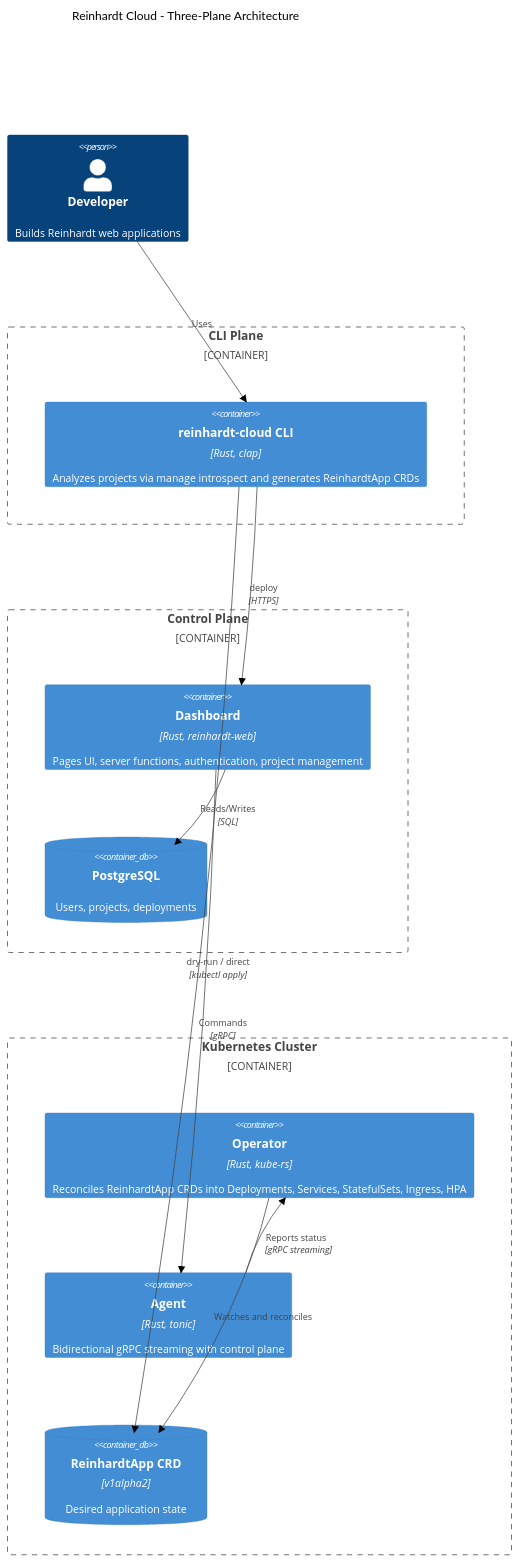
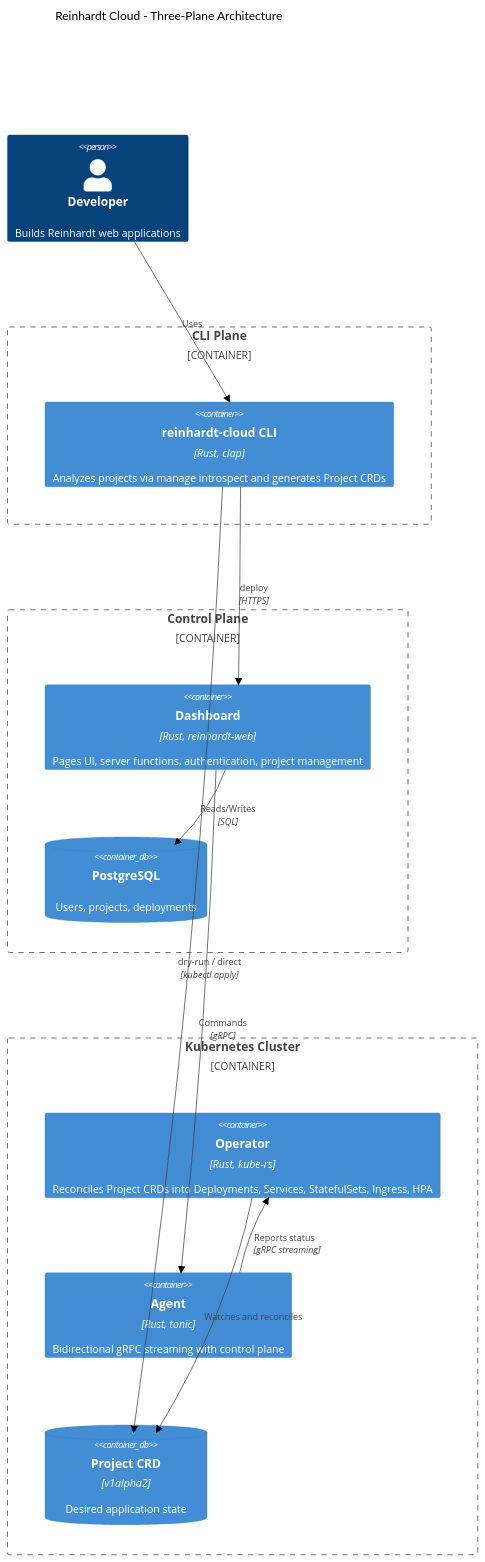
Before and after one commit to kent8192/reinhardt-cloud: the diagram in README.md, drawn with Mermaid (neutral theme). The commit also changed other lines of this file and 135 other files, not shown here.

First line of the commit message:
refactor!: rename user-facing app concepts to project

````diff
--- a/README.md
+++ b/README.md
@@ -123,31 +123,31 @@
 ```mermaid
 C4Container
     title Reinhardt Cloud - Three-Plane Architecture
 
     Person(dev, "Developer", "Builds Reinhardt web applications")
 
     Container_Boundary(cli_plane, "CLI Plane") {
-        Container(cli, "reinhardt-cloud CLI", "Rust, clap", "Analyzes projects via manage introspect and generates ReinhardtApp CRDs")
+        Container(cli, "reinhardt-cloud CLI", "Rust, clap", "Analyzes projects via manage introspect and generates Project CRDs")
     }
 
     Container_Boundary(cp_plane, "Control Plane") {
         Container(dashboard, "Dashboard", "Rust, reinhardt-web", "Pages UI, server functions, authentication, project management")
         ContainerDb(pg, "PostgreSQL", "", "Users, projects, deployments")
     }
 
     Container_Boundary(k8s_plane, "Kubernetes Cluster") {
-        Container(operator, "Operator", "Rust, kube-rs", "Reconciles ReinhardtApp CRDs into Deployments, Services, StatefulSets, Ingress, HPA")
+        Container(operator, "Operator", "Rust, kube-rs", "Reconciles Project CRDs into Deployments, Services, StatefulSets, Ingress, HPA")
         Container(agent, "Agent", "Rust, tonic", "Bidirectional gRPC streaming with control plane")
-        ContainerDb(crd, "ReinhardtApp CRD", "v1alpha2", "Desired application state")
+        ContainerDb(crd, "Project CRD", "v1alpha2", "Desired application state")
     }
 
     Rel(dev, cli, "Uses")
     Rel(cli, dashboard, "deploy", "HTTPS")
     Rel(cli, crd, "dry-run / direct", "kubectl apply")
     Rel(dashboard, pg, "Reads/Writes", "SQL")
     Rel(dashboard, agent, "Commands", "gRPC")
     Rel(agent, operator, "Reports status", "gRPC streaming")
     Rel(operator, crd, "Watches and reconciles")
 
     UpdateLayoutConfig($c4ShapeInRow="3", $c4BoundaryInRow="1")
 ```
````
